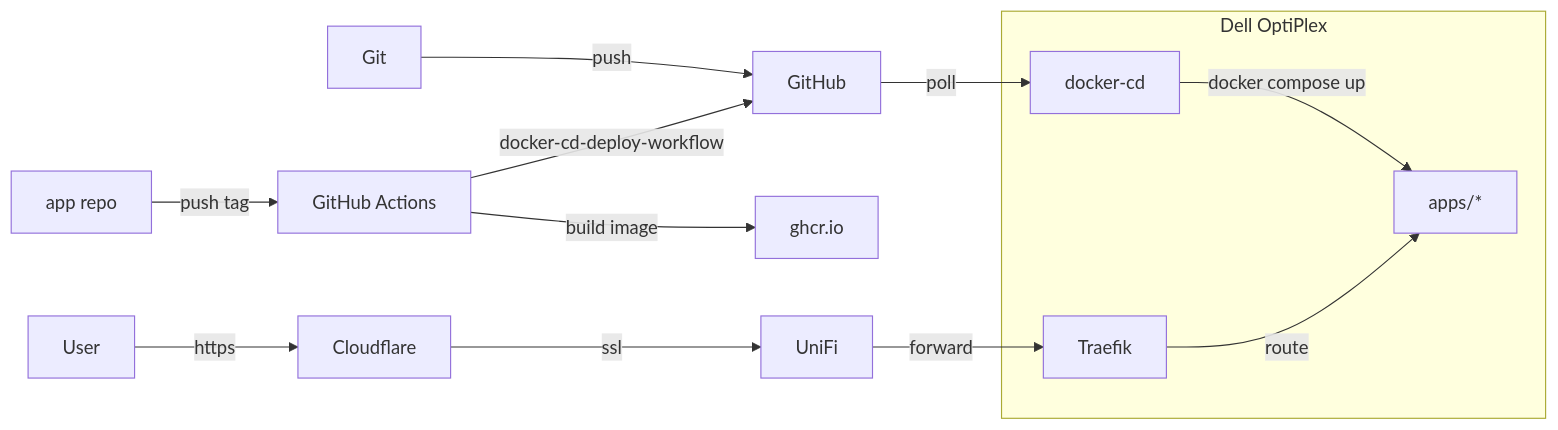
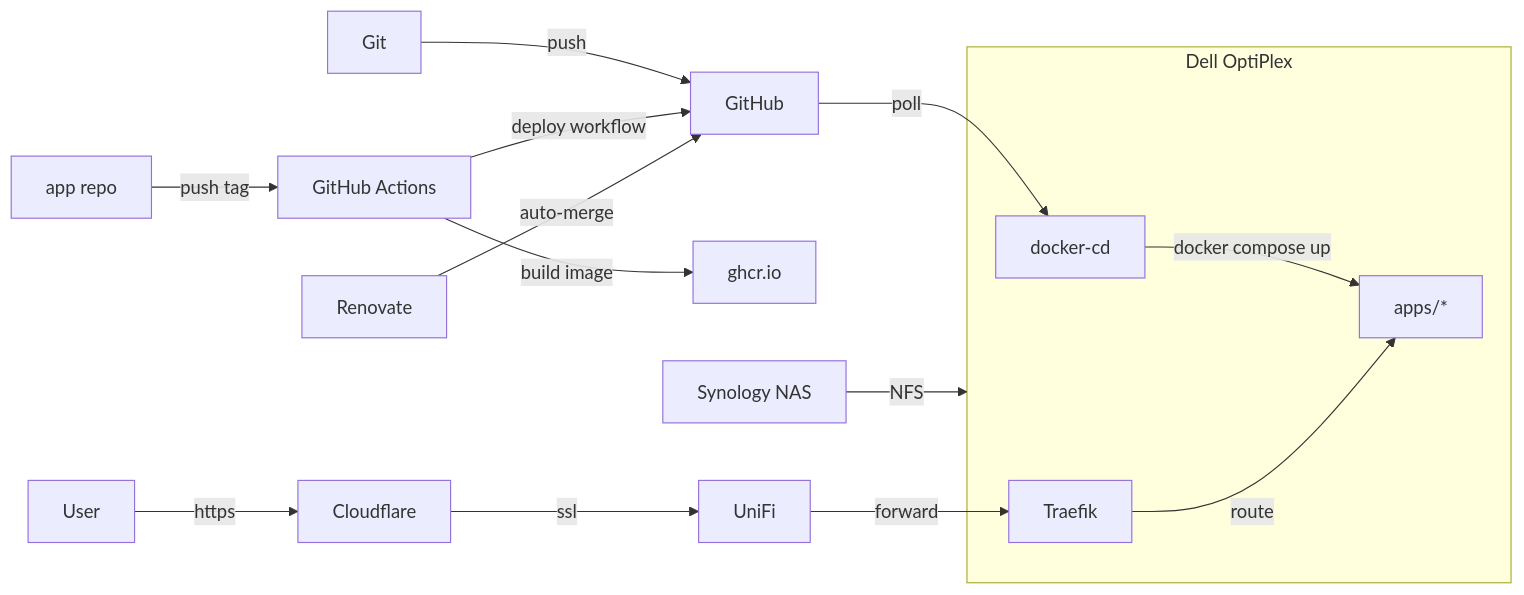
The diagram in README.md (wajeht/home-ops), drawn with Mermaid before and after one commit.

Commit message:
docs: update architecture diagram and description

````diff
--- a/README.md
+++ b/README.md
@@ -17,13 +17,15 @@
 ```mermaid
 flowchart LR
+    subgraph Dell[Dell OptiPlex]
+        docker-cd -->|docker compose up| Apps[apps/*]
+        Traefik -->|route| Apps
+    end
+
     Git -->|push| GitHub -->|poll| docker-cd
-    docker-cd -->|docker compose up| Apps[apps/*]
-    AppRepo[app repo] -->|push tag| Actions[GitHub Actions] -->|build image| GHCR[ghcr.io]
-    Actions -->|docker-cd-deploy-workflow| GitHub
-    User -->|https| Cloudflare -->|ssl| UniFi -->|forward| Traefik -->|route| Apps
-    subgraph Dell[Dell OptiPlex]
-        docker-cd
-        Traefik
-        Apps
-    end
+    AppRepo[app repo] -->|push tag| Actions[GitHub Actions]
+    Actions -->|build image| GHCR[ghcr.io]
+    Actions -->|deploy workflow| GitHub
+    Renovate -->|auto-merge| GitHub
+    NAS[Synology NAS] -->|NFS| Dell
+    User -->|https| Cloudflare -->|ssl| UniFi -->|forward| Traefik
 ```
````
